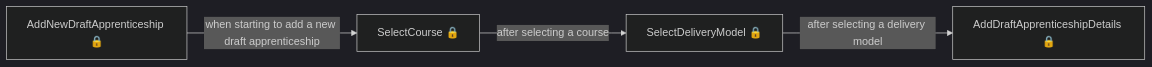
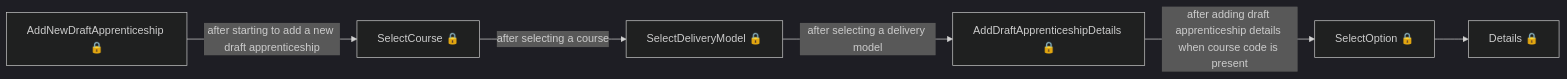
One commit to talentconsulting/atlas-dfe changed the fifth of 7 diagrams in das-employercommitments-v2/user-journeys/user-journeys.md. Above: the diagram before and after it, drawn with Mermaid (dark theme). The commit also changed other lines of this file and 36 other files, not shown here.

````diff
--- a/das-employercommitments-v2/user-journeys/user-journeys.md
+++ b/das-employercommitments-v2/user-journeys/user-journeys.md
@@ -30,6 +68,8 @@
 ```mermaid
 flowchart LR
-  p0["AddNewDraftApprenticeship 🔒"] -->|"when starting to add a new draft apprenticeship"| p1["SelectCourse 🔒"]
+  p0["AddNewDraftApprenticeship 🔒"] -->|"after starting to add a new draft apprenticeship"| p1["SelectCourse 🔒"]
   p1["SelectCourse 🔒"] -->|"after selecting a course"| p2["SelectDeliveryModel 🔒"]
   p2["SelectDeliveryModel 🔒"] -->|"after selecting a delivery model"| p3["AddDraftApprenticeshipDetails 🔒"]
+  p3["AddDraftApprenticeshipDetails 🔒"] -->|"after adding draft apprenticeship details when course code is present"| p4["SelectOption 🔒"]
+  p4["SelectOption 🔒"] --> p5["Details 🔒"]
 ```
````
